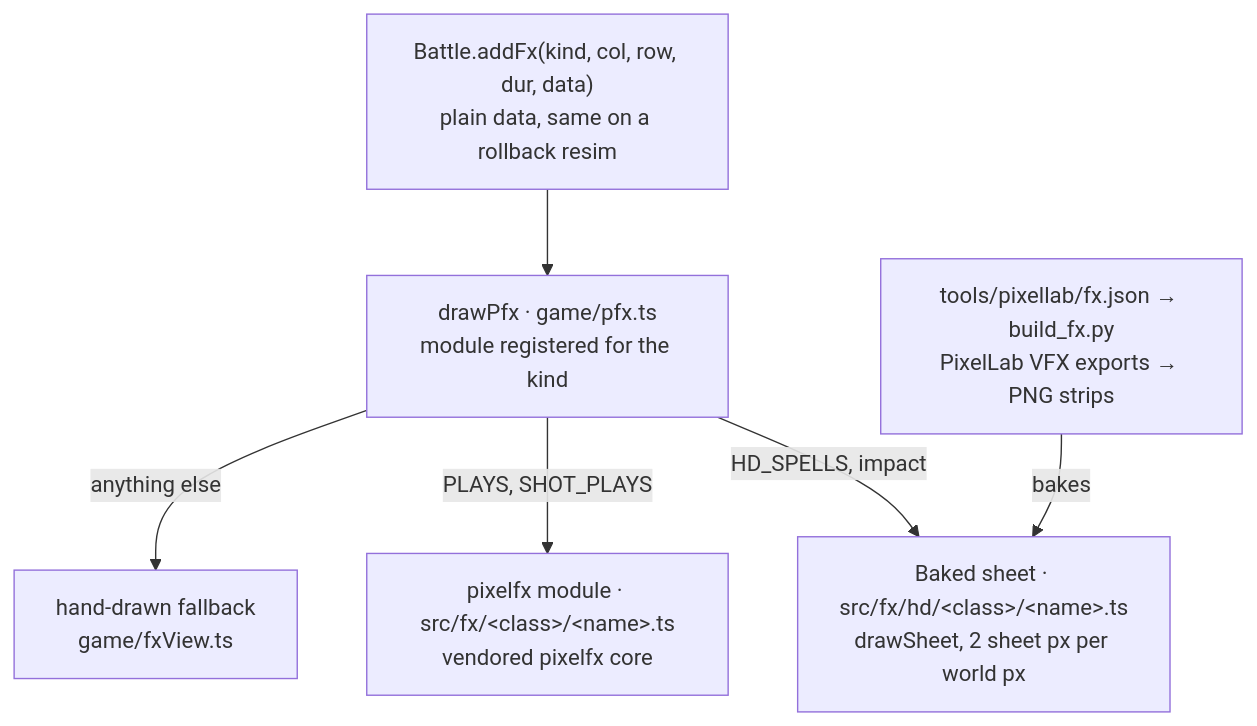
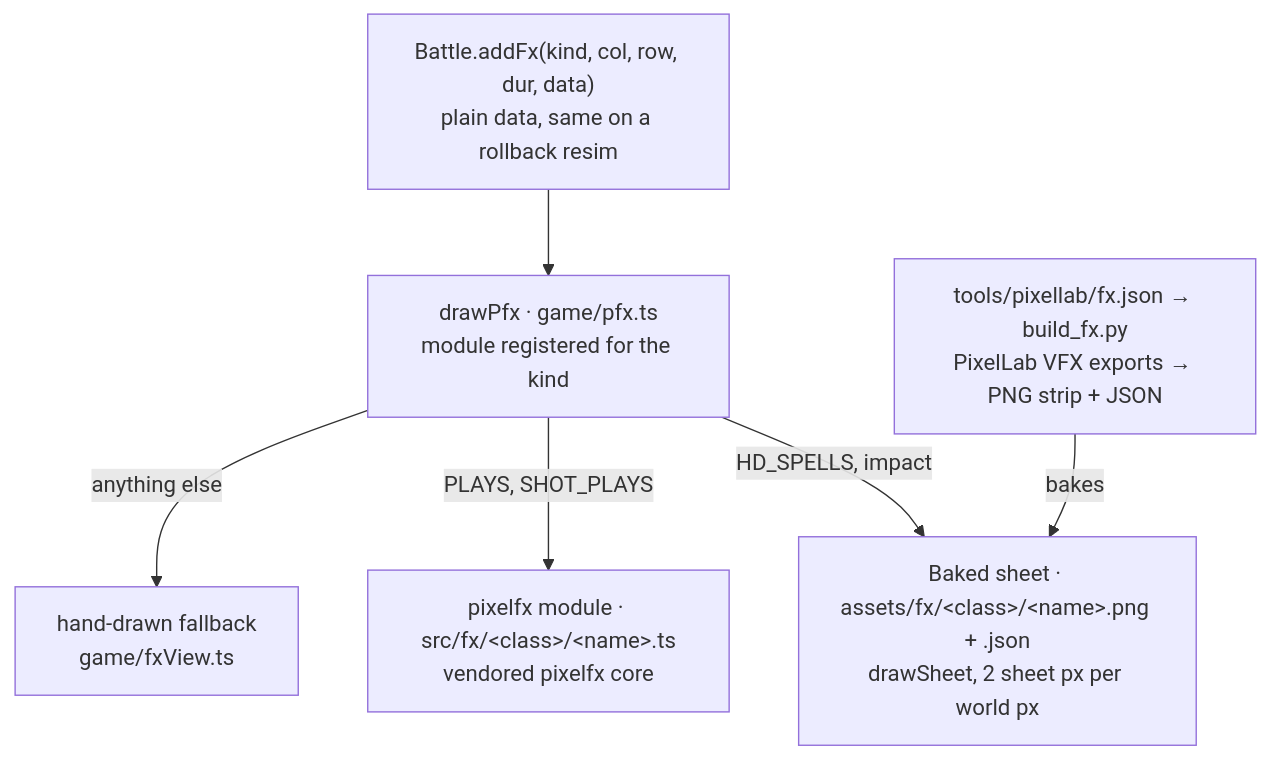
The tenth of 23 diagrams in docs/ARCHITECTURE.md (WesleyT4N/spell-vs-steel), drawn with Mermaid before and after one commit. The commit also changed other lines of this file, not shown here.

First line of the commit message:
Architecture doc: assets/ files and zip mods (#127-#130) (#131)

````diff
--- a/docs/ARCHITECTURE.md
+++ b/docs/ARCHITECTURE.md
@@ -272,8 +304,8 @@
 ```mermaid
 flowchart TD
   add["Battle.addFx(kind, col, row, dur, data)<br/>plain data, same on a rollback resim"] --> pfx["drawPfx · game/pfx.ts<br/>module registered for the kind"]
-  pfx -- "HD_SPELLS, impact" --> sheet["Baked sheet · src/fx/hd/&lt;class&gt;/&lt;name&gt;.ts<br/>drawSheet, 2 sheet px per world px"]
+  pfx -- "HD_SPELLS, impact" --> sheet["Baked sheet · assets/fx/&lt;class&gt;/&lt;name&gt;.png + .json<br/>drawSheet, 2 sheet px per world px"]
   pfx -- "PLAYS, SHOT_PLAYS" --> pix["pixelfx module · src/fx/&lt;class&gt;/&lt;name&gt;.ts<br/>vendored pixelfx core"]
   pfx -- "anything else" --> hand["hand-drawn fallback<br/>game/fxView.ts"]
-  build["tools/pixellab/fx.json → build_fx.py<br/>PixelLab VFX exports → PNG strips"] -- bakes --> sheet
+  build["tools/pixellab/fx.json → build_fx.py<br/>PixelLab VFX exports → PNG strip + JSON"] -- bakes --> sheet
 ```
````
